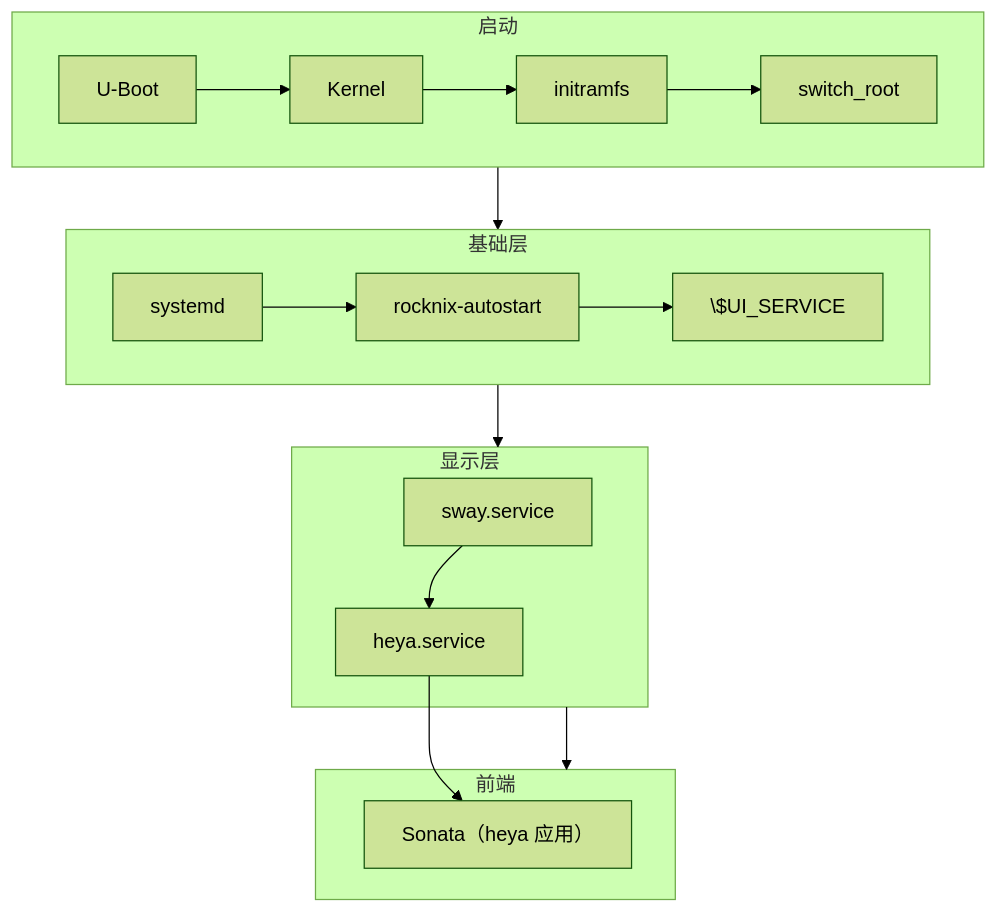
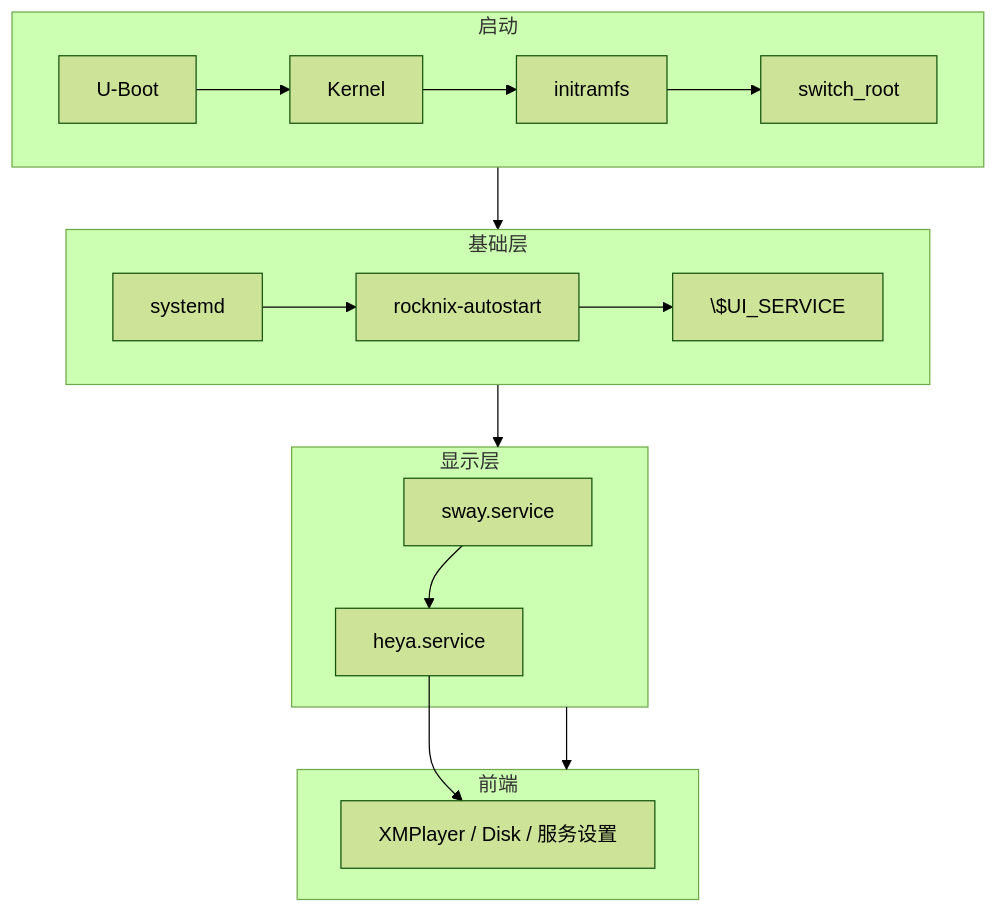
One commit to iamcheyan/rocknix changed the diagram in docs/heya-core-minimal/HEYA_MINIMALIZATION_REPORT.md. Above: the diagram before and after it, drawn with Mermaid (forest theme). The commit also changed other lines of this file and 63 other files, not shown here.

````diff
--- a/docs/heya-core-minimal/HEYA_MINIMALIZATION_REPORT.md
+++ b/docs/heya-core-minimal/HEYA_MINIMALIZATION_REPORT.md
@@ -7,16 +8,16 @@
 ```mermaid
 flowchart TB
   subgraph BOOT["启动"]
     U["U-Boot"] --> K["Kernel"] --> I["initramfs"] --> S["switch_root"]
   end
   subgraph BASE["基础层"]
     SD["systemd"] --> A["rocknix-autostart"] --> UI["\$UI_SERVICE"]
   end
   subgraph DISPLAY["显示层"]
     SWAY["sway.service"] --> HEYA["heya.service"]
   end
   subgraph FRONT["前端"]
-    HEYA --> SONATA["Sonata（heya 应用）"]
+    HEYA --> APPS["XMPlayer / Disk / 服务设置"]
   end
   BOOT --> BASE --> DISPLAY --> FRONT
 ```
````
